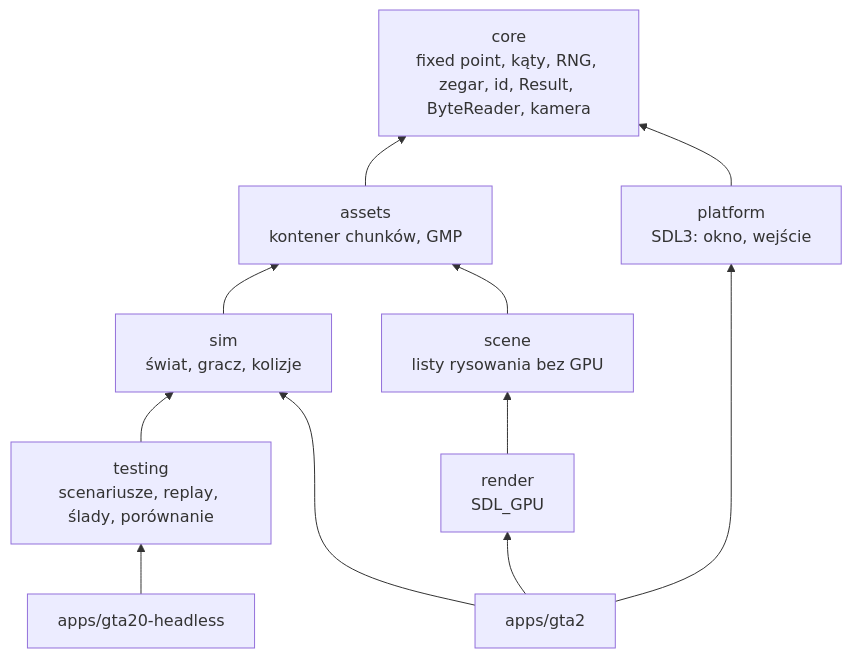
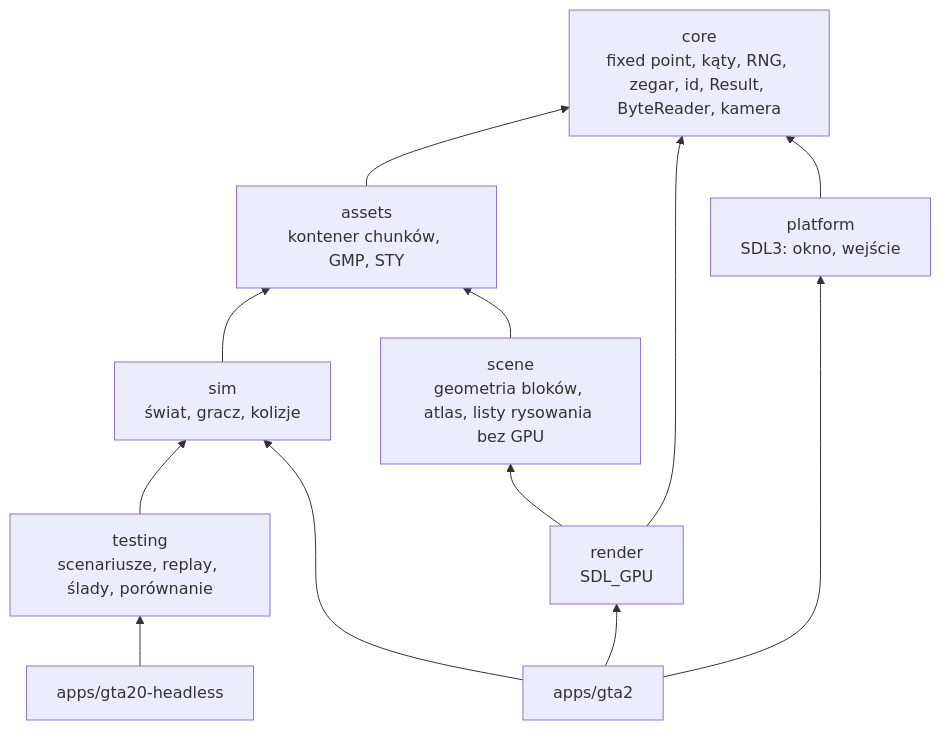
The diagram in docs/architecture.md (grzebla/gta2.0), drawn with Mermaid before and after one commit. The commit also changed other lines of this file and 6 other files, not shown here.

First line of the commit message:
[T0008] Enforce the module dependency graph and refresh architecture contracts

````diff
--- a/docs/architecture.md
+++ b/docs/architecture.md
@@ -18,14 +18,15 @@
 ```mermaid
 flowchart BT
   core[core<br/>fixed point, kąty, RNG, zegar, id, Result, ByteReader, kamera]
-  assets[assets<br/>kontener chunków, GMP] --> core
+  assets[assets<br/>kontener chunków, GMP, STY] --> core
   sim[sim<br/>świat, gracz, kolizje] --> assets
-  scene[scene<br/>listy rysowania bez GPU] --> assets
+  scene[scene<br/>geometria bloków, atlas, listy rysowania bez GPU] --> assets
   testing[testing<br/>scenariusze, replay, ślady, porównanie] --> sim
   render[render<br/>SDL_GPU] --> scene
+  render --> core
   platform[platform<br/>SDL3: okno, wejście] --> core
   app[apps/gta2] --> render
   app --> platform
   app --> sim
   headless[apps/gta20-headless] --> testing
 ```
````
